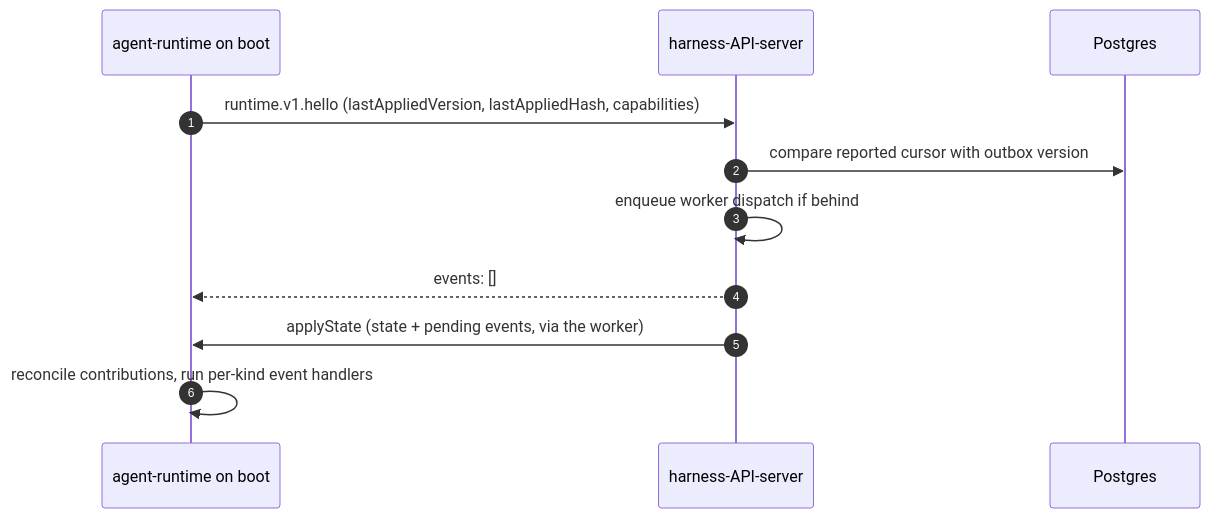
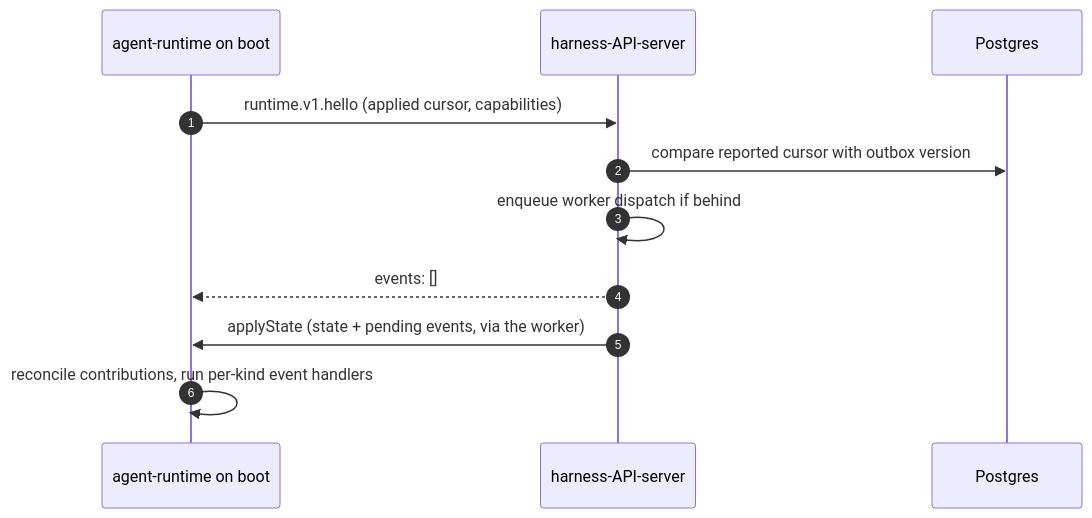
Before and after one commit to dam-agents/dam: the third of 5 diagrams in docs/architecture/runtime-delivery.md, drawn with Mermaid. The commit also changed other lines of this file and 5 other files, not shown here.

````diff
--- a/docs/architecture/runtime-delivery.md
+++ b/docs/architecture/runtime-delivery.md
@@ -127,14 +127,14 @@
 ```mermaid
 sequenceDiagram
   autonumber
   participant RT as agent-runtime on boot
   participant HS as harness-API-server
   participant PG as Postgres
 
-  RT->>HS: runtime.v1.hello (lastAppliedVersion, lastAppliedHash, capabilities)
+  RT->>HS: runtime.v1.hello (applied cursor, capabilities)
   HS->>PG: compare reported cursor with outbox version
   HS->>HS: enqueue worker dispatch if behind
   HS-->>RT: events: []
   HS->>RT: applyState (state + pending events, via the worker)
   RT->>RT: reconcile contributions, run per-kind event handlers
 ```
````
